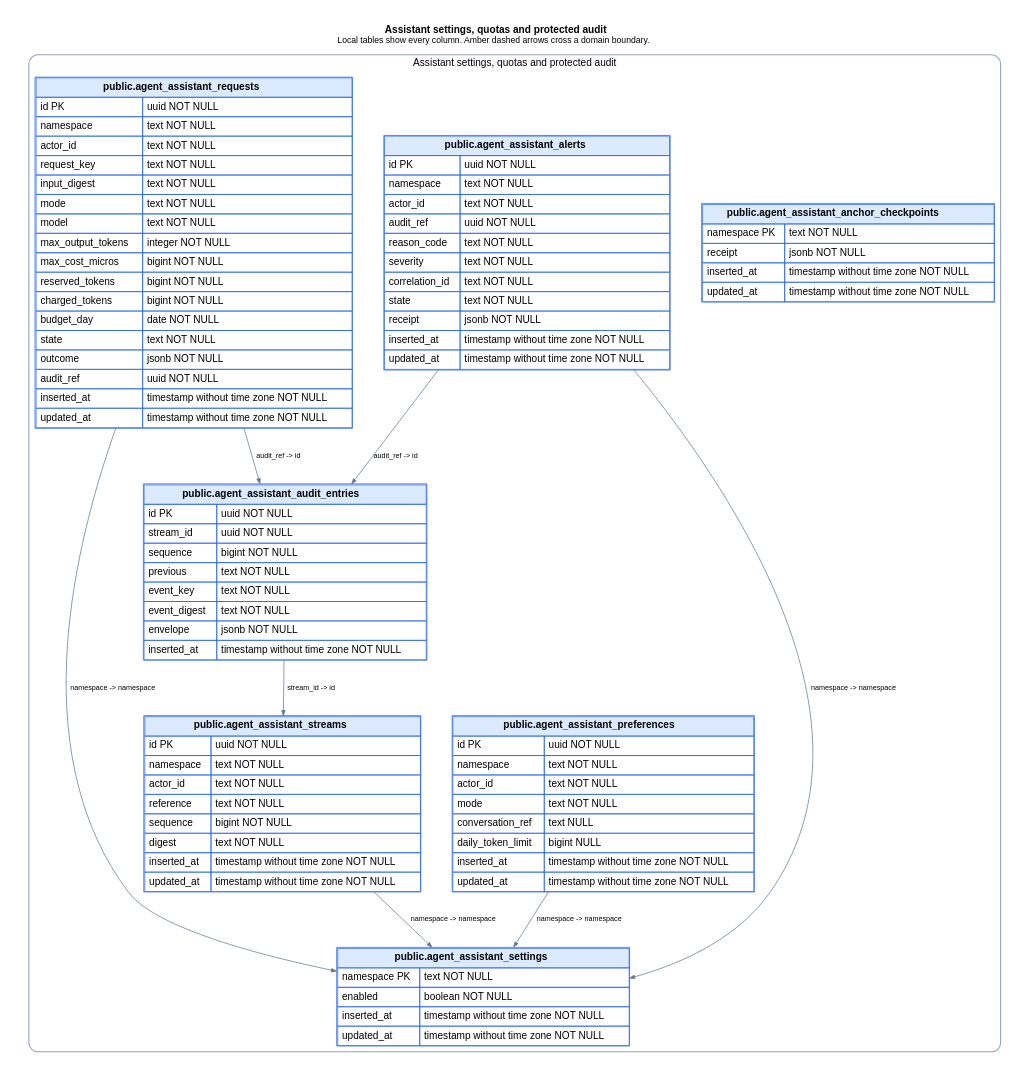
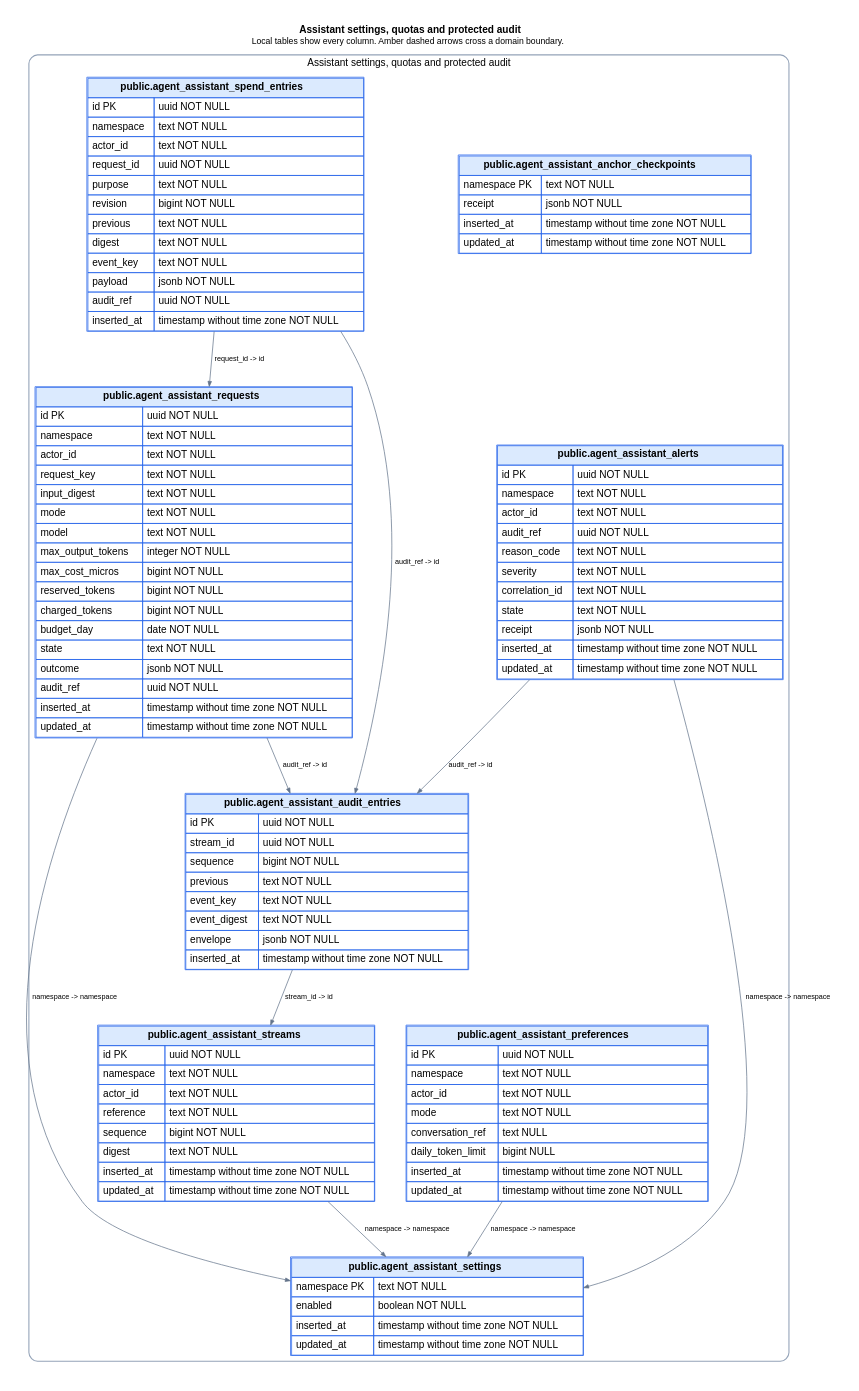
One commit to ogourment/pauseai.ca-website changed the diagram in docs/schema/domains/agent_assistant.dot. Above: the diagram before and after it, drawn with Graphviz. The commit also changed 24 other files, not shown here.

```diff
--- a/docs/schema/domains/agent_assistant.dot
+++ b/docs/schema/domains/agent_assistant.dot
@@ -1,79 +1,88 @@
 digraph agent_assistant {
   graph [rankdir=TB, bgcolor="white", pad=0.35, nodesep=0.6, ranksep=0.9, fontname="Helvetica"];
   node [shape=plain, fontname="Helvetica"];
   edge [fontname="Helvetica", fontsize=10, arrowsize=0.7];
   labelloc="t";
   label=< <B>Assistant settings, quotas and protected audit</B><BR/><FONT POINT-SIZE="12">Local tables show every column. Amber dashed arrows cross a domain boundary.</FONT> >;
 
   subgraph cluster_local {
     label="Assistant settings, quotas and protected audit";
     color="#94a3b8";
     penwidth=1.5;
     style="rounded";
   "agent_assistant_anchor_checkpoints" [label=<
     <TABLE BORDER="1" CELLBORDER="1" CELLSPACING="0" CELLPADDING="5" COLOR="#2563eb">
       <TR><TD BGCOLOR="#dbeafe" COLSPAN="2"><B>public.agent_assistant_anchor_checkpoints</B></TD></TR>
       <TR><TD ALIGN="LEFT">namespace PK</TD><TD ALIGN="LEFT">text NOT NULL</TD></TR><TR><TD ALIGN="LEFT">receipt</TD><TD ALIGN="LEFT">jsonb NOT NULL</TD></TR><TR><TD ALIGN="LEFT">inserted_at</TD><TD ALIGN="LEFT">timestamp without time zone NOT NULL</TD></TR><TR><TD ALIGN="LEFT">updated_at</TD><TD ALIGN="LEFT">timestamp without time zone NOT NULL</TD></TR>
     </TABLE>
   >];
 
   "agent_assistant_alerts" [label=<
     <TABLE BORDER="1" CELLBORDER="1" CELLSPACING="0" CELLPADDING="5" COLOR="#2563eb">
       <TR><TD BGCOLOR="#dbeafe" COLSPAN="2"><B>public.agent_assistant_alerts</B></TD></TR>
       <TR><TD ALIGN="LEFT">id PK</TD><TD ALIGN="LEFT">uuid NOT NULL</TD></TR><TR><TD ALIGN="LEFT">namespace</TD><TD ALIGN="LEFT">text NOT NULL</TD></TR><TR><TD ALIGN="LEFT">actor_id</TD><TD ALIGN="LEFT">text NOT NULL</TD></TR><TR><TD ALIGN="LEFT">audit_ref</TD><TD ALIGN="LEFT">uuid NOT NULL</TD></TR><TR><TD ALIGN="LEFT">reason_code</TD><TD ALIGN="LEFT">text NOT NULL</TD></TR><TR><TD ALIGN="LEFT">severity</TD><TD ALIGN="LEFT">text NOT NULL</TD></TR><TR><TD ALIGN="LEFT">correlation_id</TD><TD ALIGN="LEFT">text NOT NULL</TD></TR><TR><TD ALIGN="LEFT">state</TD><TD ALIGN="LEFT">text NOT NULL</TD></TR><TR><TD ALIGN="LEFT">receipt</TD><TD ALIGN="LEFT">jsonb NOT NULL</TD></TR><TR><TD ALIGN="LEFT">inserted_at</TD><TD ALIGN="LEFT">timestamp without time zone NOT NULL</TD></TR><TR><TD ALIGN="LEFT">updated_at</TD><TD ALIGN="LEFT">timestamp without time zone NOT NULL</TD></TR>
     </TABLE>
   >];
 
   "agent_assistant_audit_entries" [label=<
     <TABLE BORDER="1" CELLBORDER="1" CELLSPACING="0" CELLPADDING="5" COLOR="#2563eb">
       <TR><TD BGCOLOR="#dbeafe" COLSPAN="2"><B>public.agent_assistant_audit_entries</B></TD></TR>
       <TR><TD ALIGN="LEFT">id PK</TD><TD ALIGN="LEFT">uuid NOT NULL</TD></TR><TR><TD ALIGN="LEFT">stream_id</TD><TD ALIGN="LEFT">uuid NOT NULL</TD></TR><TR><TD ALIGN="LEFT">sequence</TD><TD ALIGN="LEFT">bigint NOT NULL</TD></TR><TR><TD ALIGN="LEFT">previous</TD><TD ALIGN="LEFT">text NOT NULL</TD></TR><TR><TD ALIGN="LEFT">event_key</TD><TD ALIGN="LEFT">text NOT NULL</TD></TR><TR><TD ALIGN="LEFT">event_digest</TD><TD ALIGN="LEFT">text NOT NULL</TD></TR><TR><TD ALIGN="LEFT">envelope</TD><TD ALIGN="LEFT">jsonb NOT NULL</TD></TR><TR><TD ALIGN="LEFT">inserted_at</TD><TD ALIGN="LEFT">timestamp without time zone NOT NULL</TD></TR>
     </TABLE>
   >];
 
   "agent_assistant_preferences" [label=<
     <TABLE BORDER="1" CELLBORDER="1" CELLSPACING="0" CELLPADDING="5" COLOR="#2563eb">
       <TR><TD BGCOLOR="#dbeafe" COLSPAN="2"><B>public.agent_assistant_preferences</B></TD></TR>
       <TR><TD ALIGN="LEFT">id PK</TD><TD ALIGN="LEFT">uuid NOT NULL</TD></TR><TR><TD ALIGN="LEFT">namespace</TD><TD ALIGN="LEFT">text NOT NULL</TD></TR><TR><TD ALIGN="LEFT">actor_id</TD><TD ALIGN="LEFT">text NOT NULL</TD></TR><TR><TD ALIGN="LEFT">mode</TD><TD ALIGN="LEFT">text NOT NULL</TD></TR><TR><TD ALIGN="LEFT">conversation_ref</TD><TD ALIGN="LEFT">text NULL</TD></TR><TR><TD ALIGN="LEFT">daily_token_limit</TD><TD ALIGN="LEFT">bigint NULL</TD></TR><TR><TD ALIGN="LEFT">inserted_at</TD><TD ALIGN="LEFT">timestamp without time zone NOT NULL</TD></TR><TR><TD ALIGN="LEFT">updated_at</TD><TD ALIGN="LEFT">timestamp without time zone NOT NULL</TD></TR>
     </TABLE>
   >];
 
   "agent_assistant_requests" [label=<
     <TABLE BORDER="1" CELLBORDER="1" CELLSPACING="0" CELLPADDING="5" COLOR="#2563eb">
       <TR><TD BGCOLOR="#dbeafe" COLSPAN="2"><B>public.agent_assistant_requests</B></TD></TR>
       <TR><TD ALIGN="LEFT">id PK</TD><TD ALIGN="LEFT">uuid NOT NULL</TD></TR><TR><TD ALIGN="LEFT">namespace</TD><TD ALIGN="LEFT">text NOT NULL</TD></TR><TR><TD ALIGN="LEFT">actor_id</TD><TD ALIGN="LEFT">text NOT NULL</TD></TR><TR><TD ALIGN="LEFT">request_key</TD><TD ALIGN="LEFT">text NOT NULL</TD></TR><TR><TD ALIGN="LEFT">input_digest</TD><TD ALIGN="LEFT">text NOT NULL</TD></TR><TR><TD ALIGN="LEFT">mode</TD><TD ALIGN="LEFT">text NOT NULL</TD></TR><TR><TD ALIGN="LEFT">model</TD><TD ALIGN="LEFT">text NOT NULL</TD></TR><TR><TD ALIGN="LEFT">max_output_tokens</TD><TD ALIGN="LEFT">integer NOT NULL</TD></TR><TR><TD ALIGN="LEFT">max_cost_micros</TD><TD ALIGN="LEFT">bigint NOT NULL</TD></TR><TR><TD ALIGN="LEFT">reserved_tokens</TD><TD ALIGN="LEFT">bigint NOT NULL</TD></TR><TR><TD ALIGN="LEFT">charged_tokens</TD><TD ALIGN="LEFT">bigint NOT NULL</TD></TR><TR><TD ALIGN="LEFT">budget_day</TD><TD ALIGN="LEFT">date NOT NULL</TD></TR><TR><TD ALIGN="LEFT">state</TD><TD ALIGN="LEFT">text NOT NULL</TD></TR><TR><TD ALIGN="LEFT">outcome</TD><TD ALIGN="LEFT">jsonb NOT NULL</TD></TR><TR><TD ALIGN="LEFT">audit_ref</TD><TD ALIGN="LEFT">uuid NOT NULL</TD></TR><TR><TD ALIGN="LEFT">inserted_at</TD><TD ALIGN="LEFT">timestamp without time zone NOT NULL</TD></TR><TR><TD ALIGN="LEFT">updated_at</TD><TD ALIGN="LEFT">timestamp without time zone NOT NULL</TD></TR>
     </TABLE>
   >];
 
   "agent_assistant_settings" [label=<
     <TABLE BORDER="1" CELLBORDER="1" CELLSPACING="0" CELLPADDING="5" COLOR="#2563eb">
       <TR><TD BGCOLOR="#dbeafe" COLSPAN="2"><B>public.agent_assistant_settings</B></TD></TR>
       <TR><TD ALIGN="LEFT">namespace PK</TD><TD ALIGN="LEFT">text NOT NULL</TD></TR><TR><TD ALIGN="LEFT">enabled</TD><TD ALIGN="LEFT">boolean NOT NULL</TD></TR><TR><TD ALIGN="LEFT">inserted_at</TD><TD ALIGN="LEFT">timestamp without time zone NOT NULL</TD></TR><TR><TD ALIGN="LEFT">updated_at</TD><TD ALIGN="LEFT">timestamp without time zone NOT NULL</TD></TR>
     </TABLE>
   >];
 
+  "agent_assistant_spend_entries" [label=<
+    <TABLE BORDER="1" CELLBORDER="1" CELLSPACING="0" CELLPADDING="5" COLOR="#2563eb">
+      <TR><TD BGCOLOR="#dbeafe" COLSPAN="2"><B>public.agent_assistant_spend_entries</B></TD></TR>
+      <TR><TD ALIGN="LEFT">id PK</TD><TD ALIGN="LEFT">uuid NOT NULL</TD></TR><TR><TD ALIGN="LEFT">namespace</TD><TD ALIGN="LEFT">text NOT NULL</TD></TR><TR><TD ALIGN="LEFT">actor_id</TD><TD ALIGN="LEFT">text NOT NULL</TD></TR><TR><TD ALIGN="LEFT">request_id</TD><TD ALIGN="LEFT">uuid NOT NULL</TD></TR><TR><TD ALIGN="LEFT">purpose</TD><TD ALIGN="LEFT">text NOT NULL</TD></TR><TR><TD ALIGN="LEFT">revision</TD><TD ALIGN="LEFT">bigint NOT NULL</TD></TR><TR><TD ALIGN="LEFT">previous</TD><TD ALIGN="LEFT">text NOT NULL</TD></TR><TR><TD ALIGN="LEFT">digest</TD><TD ALIGN="LEFT">text NOT NULL</TD></TR><TR><TD ALIGN="LEFT">event_key</TD><TD ALIGN="LEFT">text NOT NULL</TD></TR><TR><TD ALIGN="LEFT">payload</TD><TD ALIGN="LEFT">jsonb NOT NULL</TD></TR><TR><TD ALIGN="LEFT">audit_ref</TD><TD ALIGN="LEFT">uuid NOT NULL</TD></TR><TR><TD ALIGN="LEFT">inserted_at</TD><TD ALIGN="LEFT">timestamp without time zone NOT NULL</TD></TR>
+    </TABLE>
+  >];
+
   "agent_assistant_streams" [label=<
     <TABLE BORDER="1" CELLBORDER="1" CELLSPACING="0" CELLPADDING="5" COLOR="#2563eb">
       <TR><TD BGCOLOR="#dbeafe" COLSPAN="2"><B>public.agent_assistant_streams</B></TD></TR>
       <TR><TD ALIGN="LEFT">id PK</TD><TD ALIGN="LEFT">uuid NOT NULL</TD></TR><TR><TD ALIGN="LEFT">namespace</TD><TD ALIGN="LEFT">text NOT NULL</TD></TR><TR><TD ALIGN="LEFT">actor_id</TD><TD ALIGN="LEFT">text NOT NULL</TD></TR><TR><TD ALIGN="LEFT">reference</TD><TD ALIGN="LEFT">text NOT NULL</TD></TR><TR><TD ALIGN="LEFT">sequence</TD><TD ALIGN="LEFT">bigint NOT NULL</TD></TR><TR><TD ALIGN="LEFT">digest</TD><TD ALIGN="LEFT">text NOT NULL</TD></TR><TR><TD ALIGN="LEFT">inserted_at</TD><TD ALIGN="LEFT">timestamp without time zone NOT NULL</TD></TR><TR><TD ALIGN="LEFT">updated_at</TD><TD ALIGN="LEFT">timestamp without time zone NOT NULL</TD></TR>
     </TABLE>
   >];
 
   }
 
   subgraph cluster_external {
     label="External-domain references — other relationships are intentionally omitted";
     color="#cbd5e1";
     penwidth=1;
     style="rounded";
 
   }
 
   "agent_assistant_alerts" -> "agent_assistant_audit_entries" [label="audit_ref -> id", color="#64748b"];
   "agent_assistant_alerts" -> "agent_assistant_settings" [label="namespace -> namespace", color="#64748b"];
   "agent_assistant_audit_entries" -> "agent_assistant_streams" [label="stream_id -> id", color="#64748b"];
   "agent_assistant_preferences" -> "agent_assistant_settings" [label="namespace -> namespace", color="#64748b"];
   "agent_assistant_requests" -> "agent_assistant_audit_entries" [label="audit_ref -> id", color="#64748b"];
   "agent_assistant_requests" -> "agent_assistant_settings" [label="namespace -> namespace", color="#64748b"];
+  "agent_assistant_spend_entries" -> "agent_assistant_audit_entries" [label="audit_ref -> id", color="#64748b"];
+  "agent_assistant_spend_entries" -> "agent_assistant_requests" [label="request_id -> id", color="#64748b"];
   "agent_assistant_streams" -> "agent_assistant_settings" [label="namespace -> namespace", color="#64748b"];
 }
```
